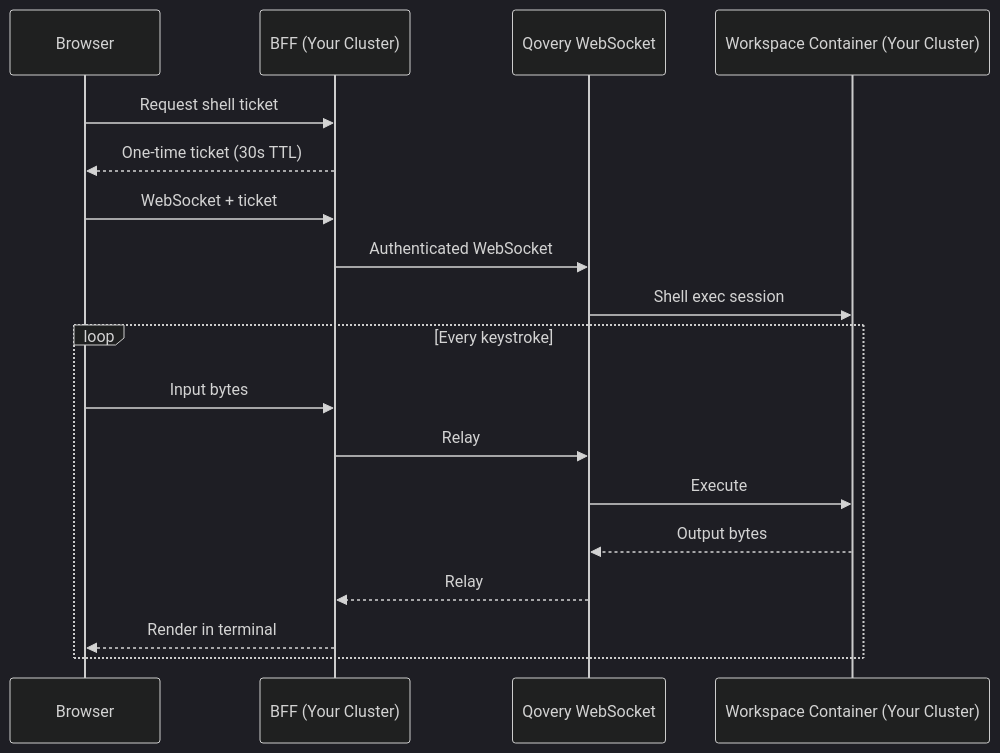
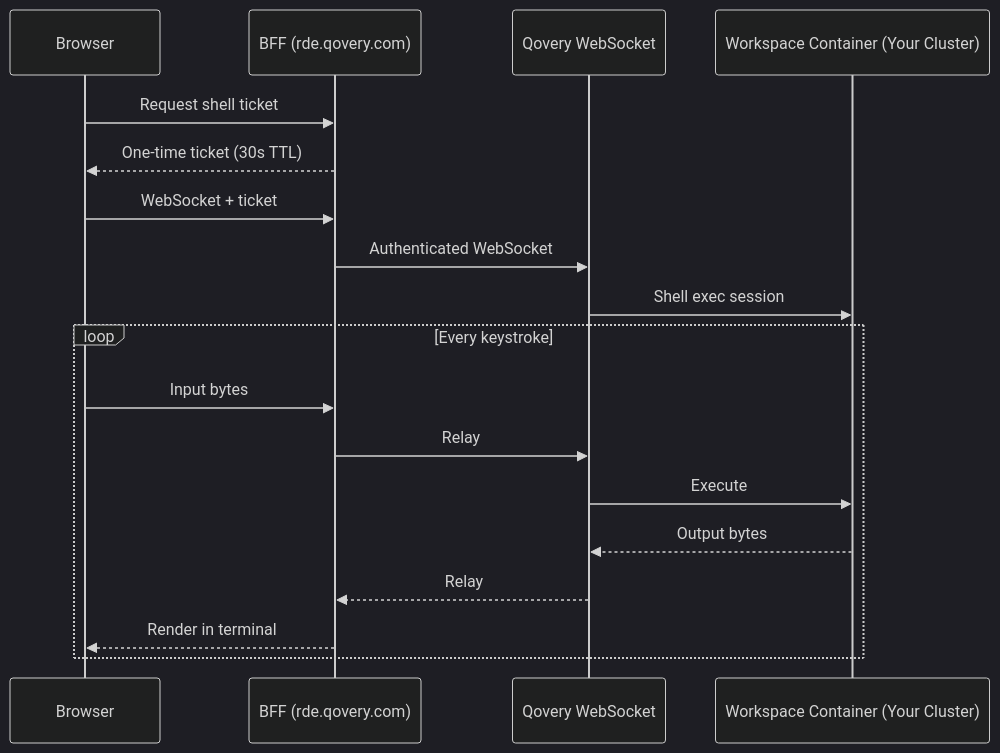
The second of 2 diagrams in docs/rde/reference/security.mdx (Qovery/documentation), drawn with Mermaid (dark theme) before and after one commit. The commit also changed other lines of this file and 6 other files, not shown here.

First line of the commit message:
docs: update RDE Portal docs for hosted model at rde.qovery.com

````diff
--- a/docs/rde/reference/security.mdx
+++ b/docs/rde/reference/security.mdx
@@ -66,22 +69,22 @@
 ```mermaid
 sequenceDiagram
     participant Browser
-    participant BFF as BFF (Your Cluster)
+    participant BFF as BFF (rde.qovery.com)
     participant QWS as Qovery WebSocket
     participant Container as Workspace Container (Your Cluster)
 
     Browser->>BFF: Request shell ticket
     BFF-->>Browser: One-time ticket (30s TTL)
     Browser->>BFF: WebSocket + ticket
     BFF->>QWS: Authenticated WebSocket
     QWS->>Container: Shell exec session
 
     loop Every keystroke
         Browser->>BFF: Input bytes
         BFF->>QWS: Relay
         QWS->>Container: Execute
         Container-->>QWS: Output bytes
         QWS-->>BFF: Relay
         BFF-->>Browser: Render in terminal
     end
 ```
````
